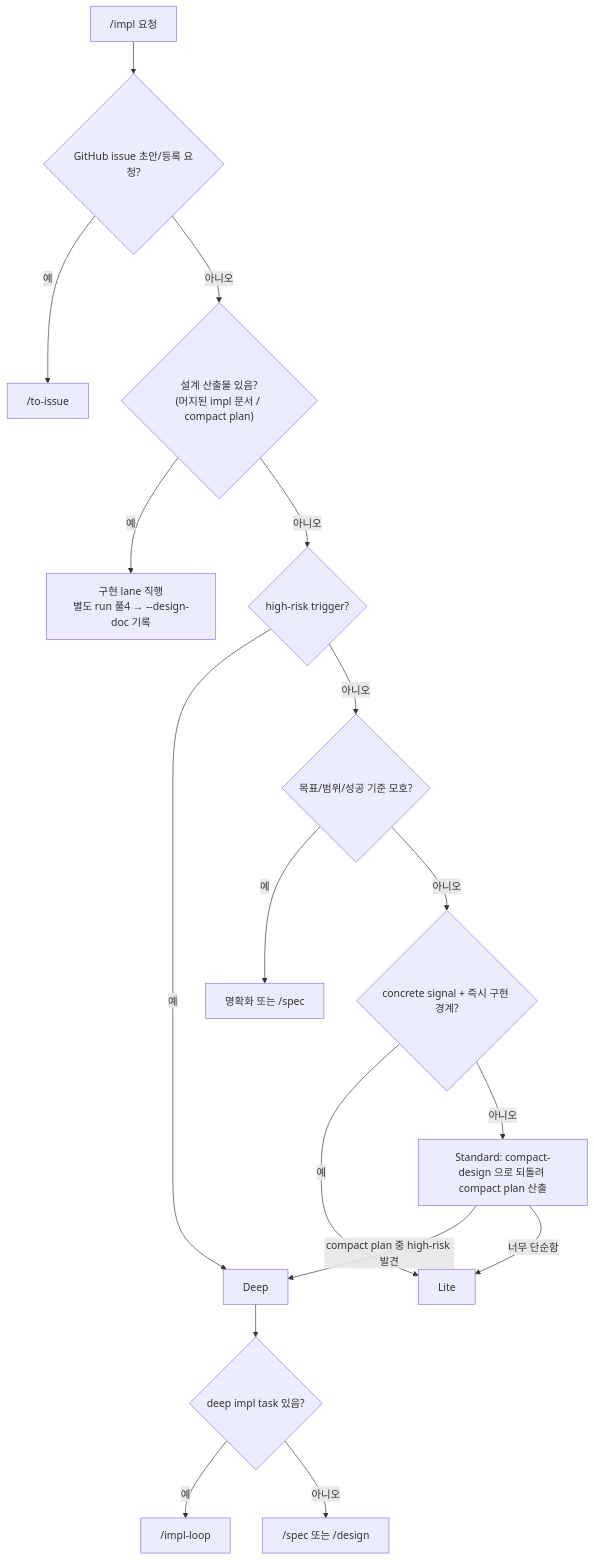
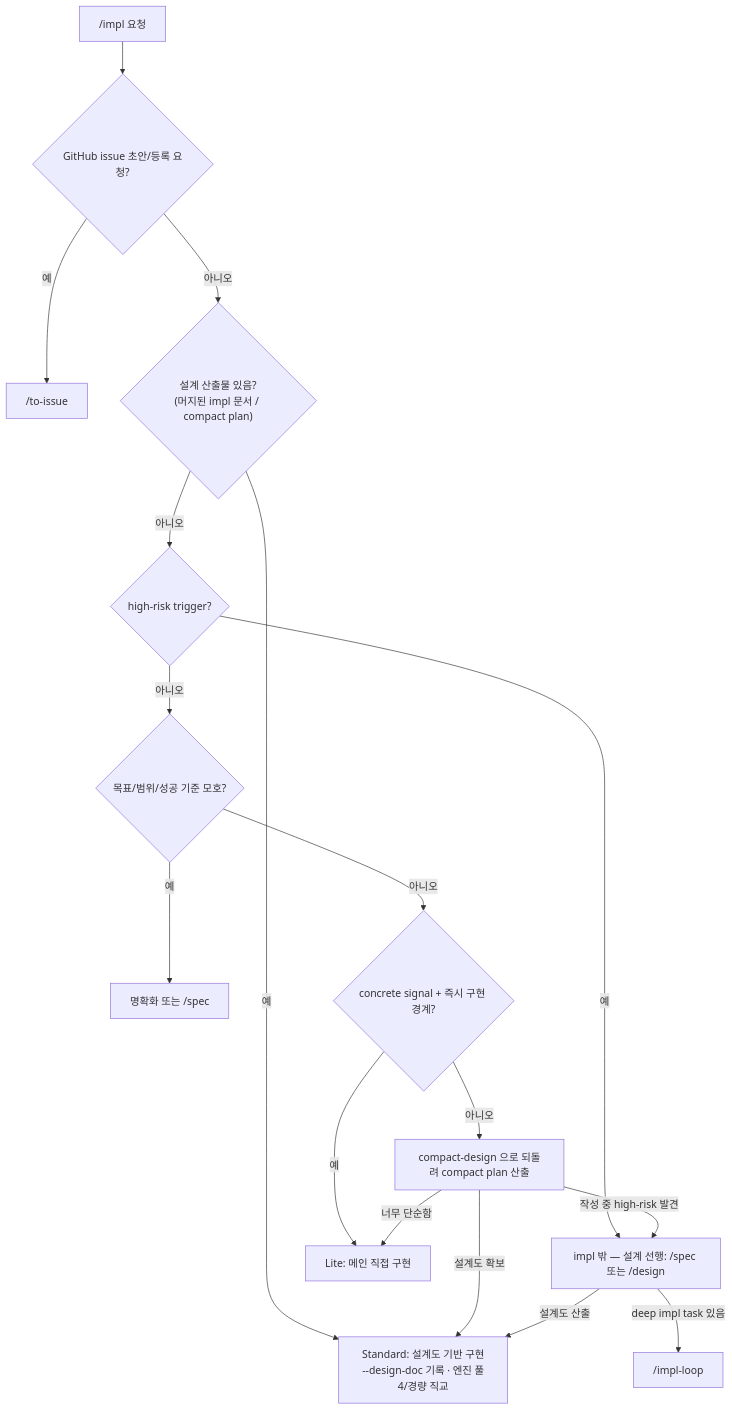
Before and after one commit to alruminum/dcNess: the diagram in skills/impl/impl-routing.md, drawn with Mermaid. The commit also changed other lines of this file and 10 other files, not shown here.

First line of the commit message:
[feature] /impl 2축 모델 재설계 — Deep lane 제거, lane(설계도 유무)×엔진 직교

````diff
--- a/skills/impl/impl-routing.md
+++ b/skills/impl/impl-routing.md
@@ -12,19 +12,19 @@
 ```mermaid
 flowchart TB
   REQ["/impl 요청"] --> MAKE{"GitHub issue 초안/등록 요청?"}
   MAKE -->|예| TI["/to-issue"]
   MAKE -->|아니오| DOC{"설계 산출물 있음?<br/>(머지된 impl 문서 / compact plan)"}
-  DOC -->|예| IMPL["구현 lane 직행<br/>별도 run 풀4 → --design-doc 기록"]
+  DOC -->|예| ST["Standard: 설계도 기반 구현<br/>--design-doc 기록 · 엔진 풀4/경량 직교"]
   DOC -->|아니오| HR{"high-risk trigger?"}
-  HR -->|예| DP["Deep"]
+  HR -->|예| OUT["impl 밖 — 설계 선행: /spec 또는 /design"]
   HR -->|아니오| AM{"목표/범위/성공 기준 모호?"}
   AM -->|예| CL["명확화 또는 /spec"]
   AM -->|아니오| CS{"concrete signal + 즉시 구현 경계?"}
-  CS -->|예| LT["Lite"]
-  CS -->|아니오| ST["Standard: compact-design 으로 되돌려 compact plan 산출"]
-  ST -->|compact plan 중 high-risk 발견| DP
-  ST -->|너무 단순함| LT
-  DP --> DPT{"deep impl task 있음?"}
-  DPT -->|예| IL["/impl-loop <task>"]
-  DPT -->|아니오| PLAN["/spec 또는 /design"]
+  CS -->|예| LT["Lite: 메인 직접 구현"]
+  CS -->|아니오| CD["compact-design 으로 되돌려 compact plan 산출"]
+  CD -->|설계도 확보| ST
+  CD -->|작성 중 high-risk 발견| OUT
+  CD -->|너무 단순함| LT
+  OUT -->|deep impl task 있음| IL["/impl-loop <task>"]
+  OUT -->|설계도 산출| ST
 ```
````
